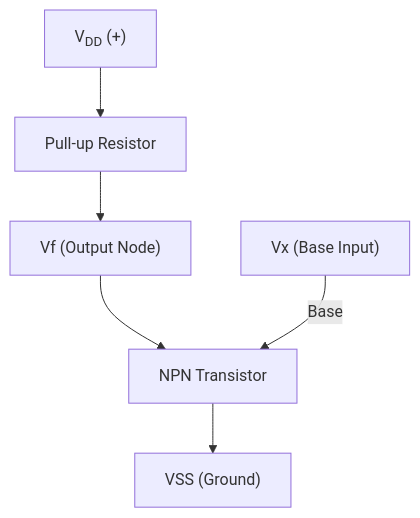
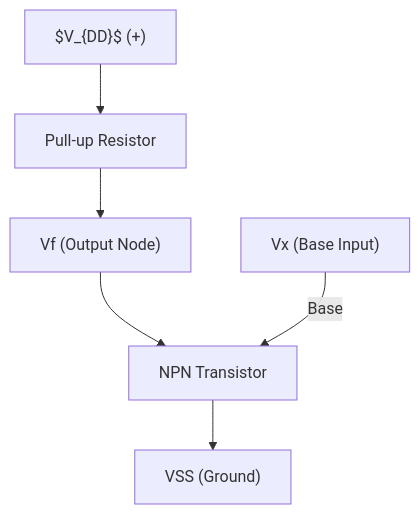
The diagram in Components/discrete/Transistors/NPN/README.md (setrar/microelectronics), drawn with Mermaid before and after one commit.

````diff
--- a/Components/discrete/Transistors/NPN/README.md
+++ b/Components/discrete/Transistors/NPN/README.md
@@ -3,13 +3,13 @@
 ```mermaid
 graph TD
-  VDD["V<sub>DD</sub> (+)"]
+  VDD["$V_{DD}$ (+)"]
   R["Pull-up Resistor"]
   Vf["Vf (Output Node)"]
   Q["NPN Transistor"]
   VSS["VSS (Ground)"]
   Vx["Vx (Base Input)"]
 
   VDD --> R --> Vf --> Q
   Q --> VSS
   Vx -->|Base| Q
 ```
````
